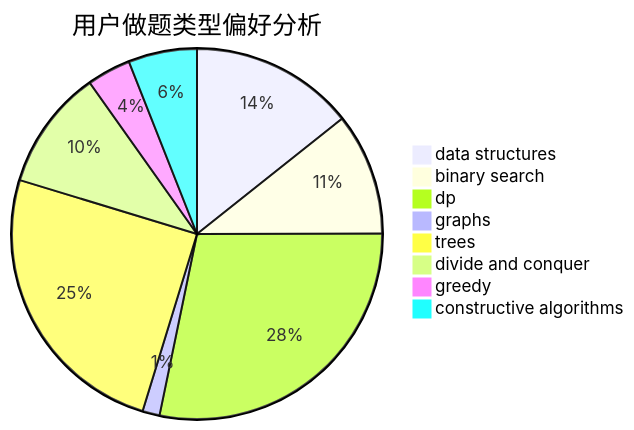
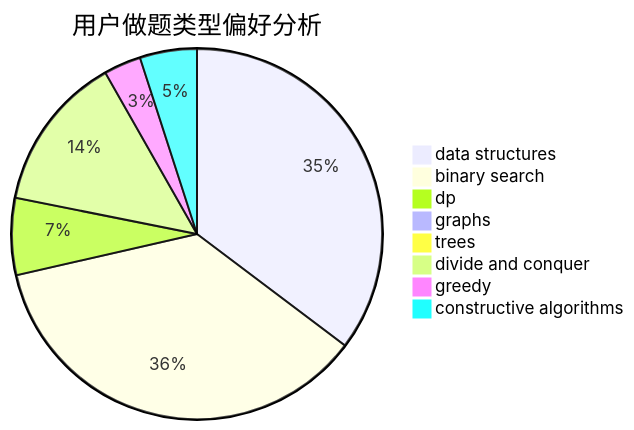
One commit to sherpahu/cfrs.github.io changed the second of 3 diagrams in docs/user/u1061.md. Above: the diagram before and after it, drawn with Mermaid. The commit also changed other lines of this file and 2770 other files, not shown here.

````diff
--- a/docs/user/u1061.md
+++ b/docs/user/u1061.md
@@ -23,11 +23,11 @@
 ```mermaid
 pie title 用户做题类型偏好分析
-    "data structures" :  86
-    "binary search" :  64
-    "dp" :  170
-    "graphs" :  9
-    "trees" :  150
+    "data structures" :  163
+    "binary search" :  167
+    "dp" :  31
+    "graphs" :  0
+    "trees" :  2
     "divide and conquer" :  63
-    "greedy" :  23
-    "constructive algorithms" :  36
+    "greedy" :  15
+    "constructive algorithms" :  23
 ```
````
